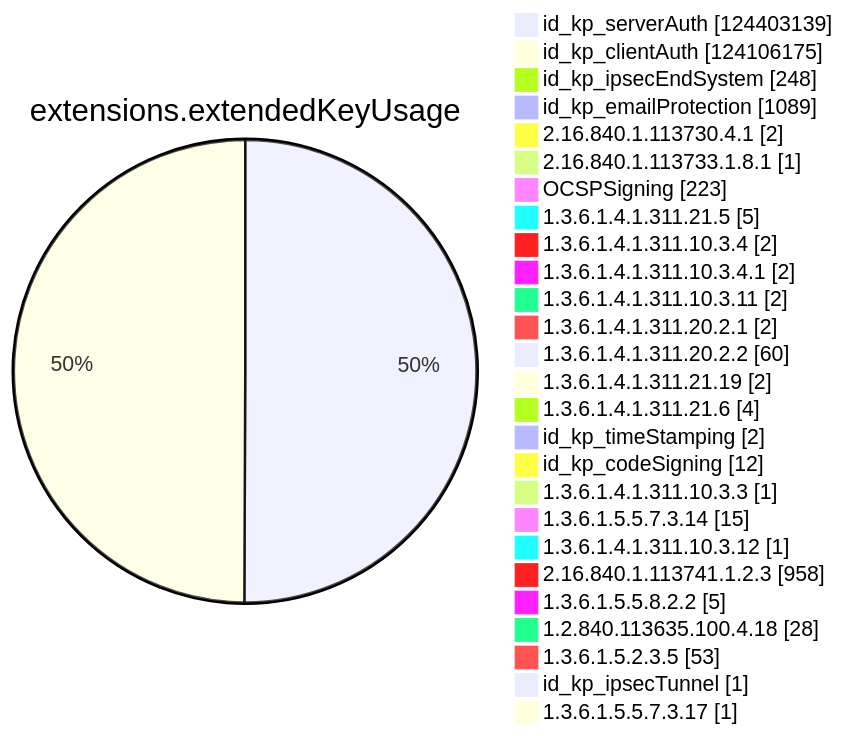
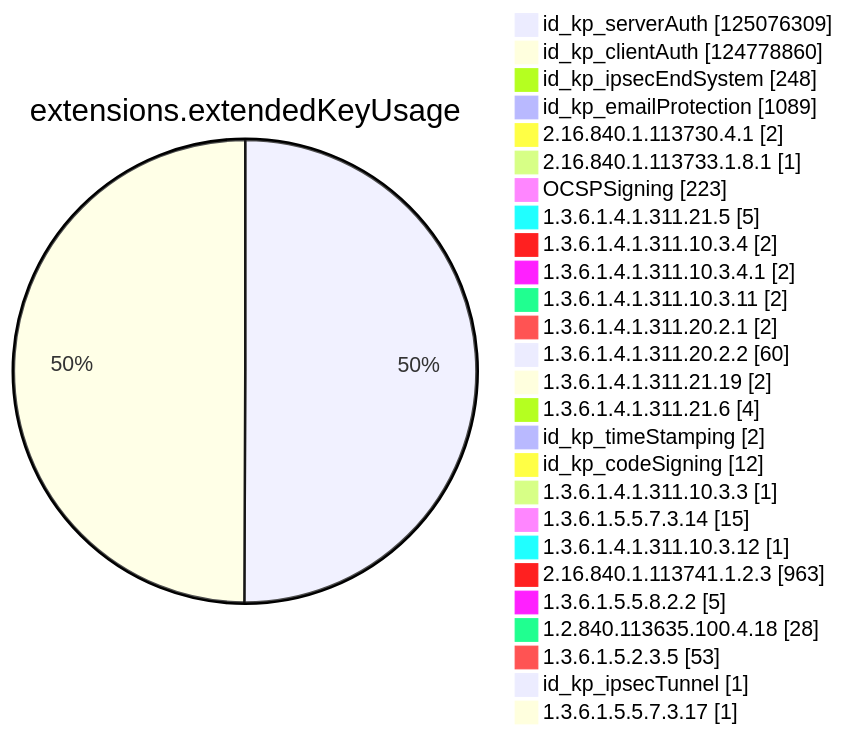
Diagram 11 of 15 in xenon2023/README.md (christiankrug/ctmonitor_visualization), drawn with Mermaid before and after one commit. The commit also changed other lines of this file, not shown here.

````diff
--- a/xenon2023/README.md
+++ b/xenon2023/README.md
@@ -2701,30 +2703,30 @@
 ```mermaid
 pie showData
 title extensions.extendedKeyUsage
-"id_kp_serverAuth" :124403139
-"id_kp_clientAuth" :124106175
+"id_kp_serverAuth" :125076309
+"id_kp_clientAuth" :124778860
 "id_kp_ipsecEndSystem" :248
 "id_kp_emailProtection" :1089
 "2.16.840.1.113730.4.1" :2
 "2.16.840.1.113733.1.8.1" :1
 "OCSPSigning" :223
 "1.3.6.1.4.1.311.21.5" :5
 "1.3.6.1.4.1.311.10.3.4" :2
 "1.3.6.1.4.1.311.10.3.4.1" :2
 "1.3.6.1.4.1.311.10.3.11" :2
 "1.3.6.1.4.1.311.20.2.1" :2
 "1.3.6.1.4.1.311.20.2.2" :60
 "1.3.6.1.4.1.311.21.19" :2
 "1.3.6.1.4.1.311.21.6" :4
 "id_kp_timeStamping" :2
 "id_kp_codeSigning" :12
 "1.3.6.1.4.1.311.10.3.3" :1
 "1.3.6.1.5.5.7.3.14" :15
 "1.3.6.1.4.1.311.10.3.12" :1
-"2.16.840.1.113741.1.2.3" :958
+"2.16.840.1.113741.1.2.3" :963
 "1.3.6.1.5.5.8.2.2" :5
 "1.2.840.113635.100.4.18" :28
 "1.3.6.1.5.2.3.5" :53
 "id_kp_ipsecTunnel" :1
 "1.3.6.1.5.5.7.3.17" :1
 ```
````
